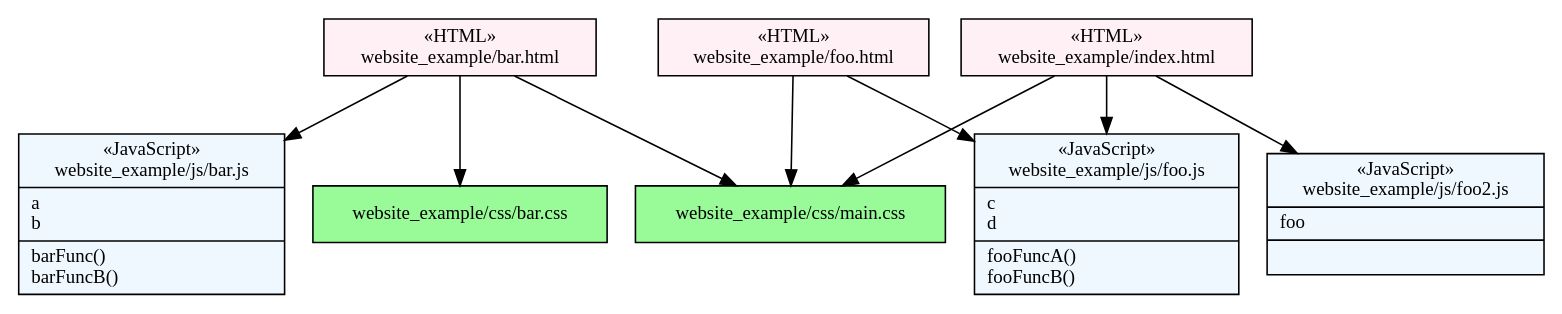
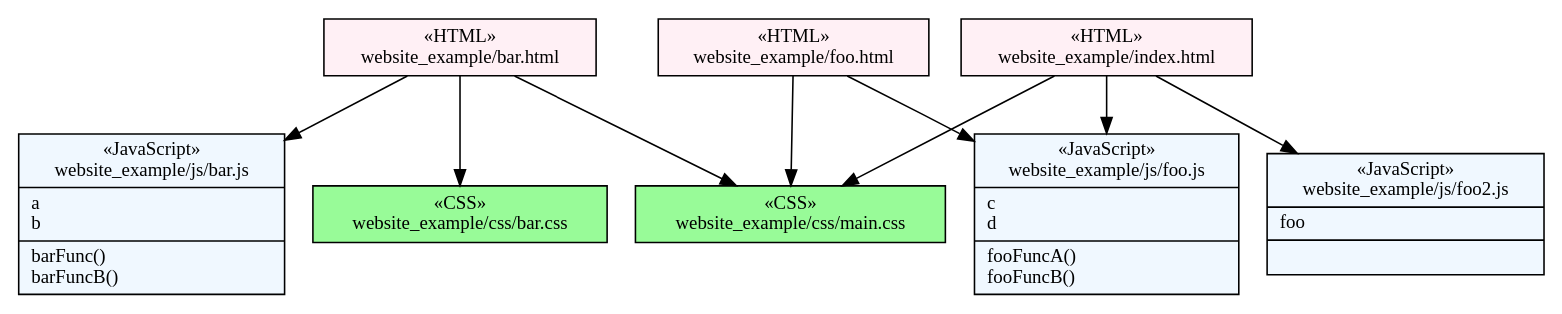
The diagram in example/result/example.dot (bakunin95/wavi), drawn with Graphviz before and after one commit. The commit also changed 7 other files, not shown here.

```diff
--- a/example/result/example.dot
+++ b/example/result/example.dot
@@ -1,18 +1,18 @@
 digraph G {
   "website_example/bar.html" [ label = "{&laquo;HTML»\nwebsite_example/bar.html}", fontsize = 12, shape = record, style = "filled", fillcolor = "lavenderblush" ];
   "website_example/foo.html" [ label = "{&laquo;HTML»\nwebsite_example/foo.html}", fontsize = 12, shape = record, style = "filled", fillcolor = "lavenderblush" ];
   "website_example/index.html" [ label = "{&laquo;HTML»\nwebsite_example/index.html}", fontsize = 12, shape = record, style = "filled", fillcolor = "lavenderblush" ];
-  "website_example/css/bar.css" [ fontsize = 12, shape = record, style = "filled", fillcolor = "palegreen" ];
-  "website_example/css/main.css" [ fontsize = 12, shape = record, style = "filled", fillcolor = "palegreen" ];
+  "website_example/css/bar.css" [ label = "{&laquo;CSS»\nwebsite_example/css/bar.css}", fontsize = 12, shape = record, style = "filled", fillcolor = "palegreen" ];
+  "website_example/css/main.css" [ label = "{&laquo;CSS»\nwebsite_example/css/main.css}", fontsize = 12, shape = record, style = "filled", fillcolor = "palegreen" ];
+  "website_example/js/foo.js" [ label = "{&laquo;JavaScript»\nwebsite_example/js/foo.js|c\ld\l|fooFuncA()\lfooFuncB()\l}", fontsize = 12, shape = record, style = "filled", fillcolor = "aliceblue" ];
   "website_example/js/bar.js" [ label = "{&laquo;JavaScript»\nwebsite_example/js/bar.js|a\lb\l|barFunc()\lbarFuncB()\l}", fontsize = 12, shape = record, style = "filled", fillcolor = "aliceblue" ];
-  "website_example/js/foo.js" [ label = "{&laquo;JavaScript»\nwebsite_example/js/foo.js|c\ld\l|fooFuncA()\lfooFuncB()\l}", fontsize = 12, shape = record, style = "filled", fillcolor = "aliceblue" ];
   "website_example/js/foo2.js" [ label = "{&laquo;JavaScript»\nwebsite_example/js/foo2.js|foo\l|\l}", fontsize = 12, shape = record, style = "filled", fillcolor = "aliceblue" ];
+  "website_example/foo.html" -> "website_example/css/main.css";
+  "website_example/index.html" -> "website_example/css/main.css";
   "website_example/foo.html" -> "website_example/js/foo.js";
-  "website_example/foo.html" -> "website_example/css/main.css";
   "website_example/bar.html" -> "website_example/css/bar.css";
-  "website_example/index.html" -> "website_example/css/main.css";
+  "website_example/bar.html" -> "website_example/js/bar.js";
+  "website_example/bar.html" -> "website_example/css/main.css";
   "website_example/index.html" -> "website_example/js/foo2.js";
   "website_example/index.html" -> "website_example/js/foo.js";
-  "website_example/bar.html" -> "website_example/js/bar.js";
-  "website_example/bar.html" -> "website_example/css/main.css";
 }
```
